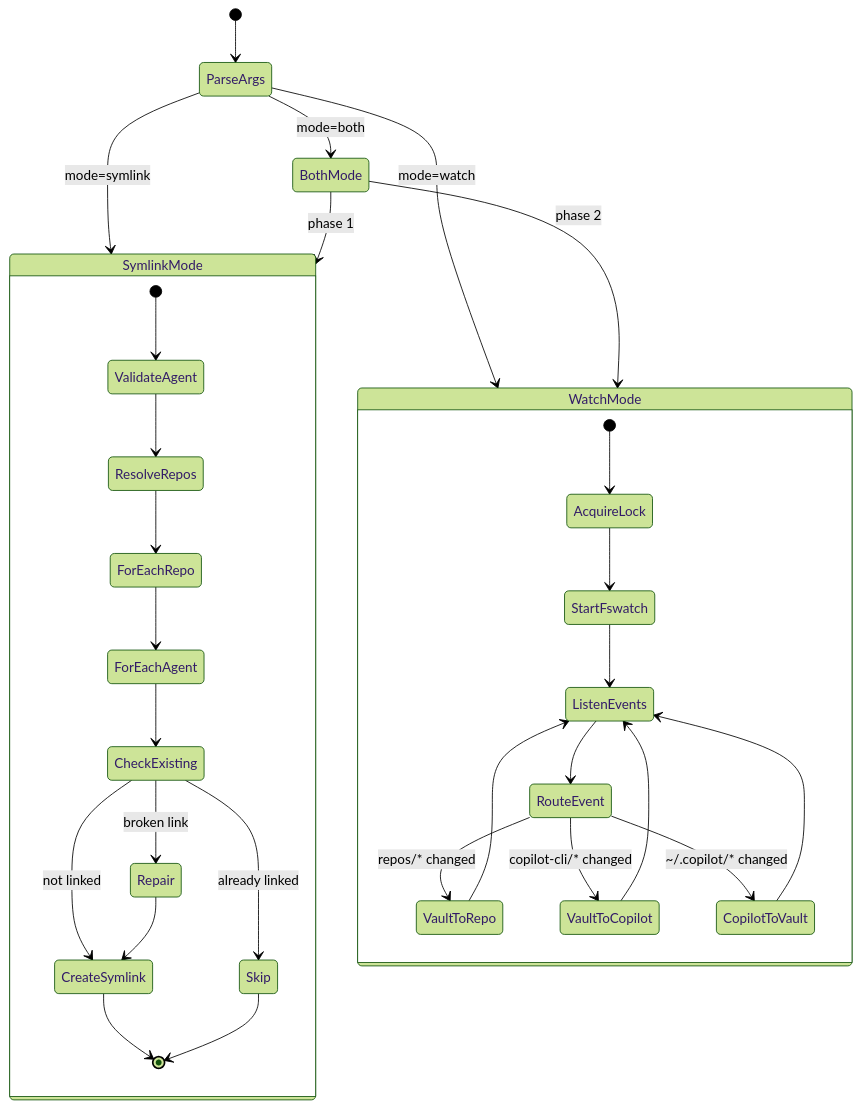
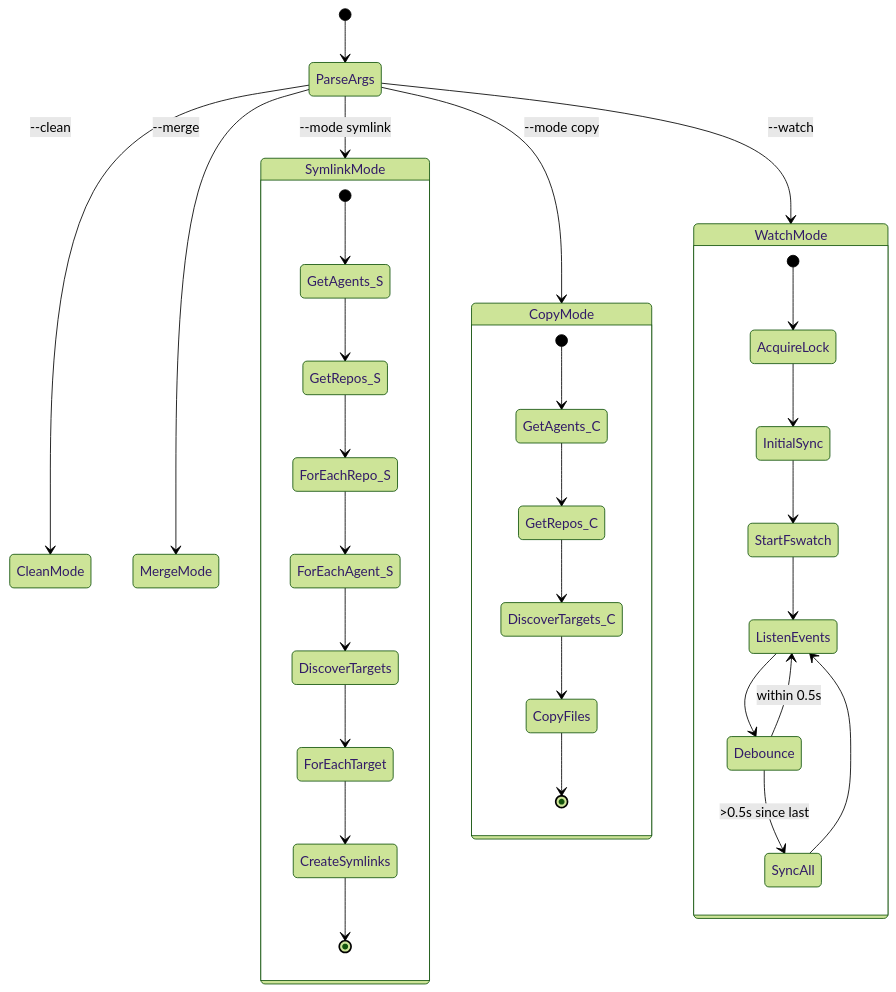
One commit to ElliottBregni/obscura changed diagram 13 of 16 in docs/DESIGN-DIAGRAMS.md. Above: the diagram before and after it, drawn with Mermaid (forest theme). The commit also changed other lines of this file and 35 other files, not shown here.

````diff
--- a/docs/DESIGN-DIAGRAMS.md
+++ b/docs/DESIGN-DIAGRAMS.md
@@ -673,38 +383,40 @@
 ```mermaid
 stateDiagram-v2
     [*] --> ParseArgs
 
-    ParseArgs --> SymlinkMode: mode=symlink
-    ParseArgs --> WatchMode: mode=watch
-    ParseArgs --> BothMode: mode=both
-
-    BothMode --> SymlinkMode: phase 1
-    BothMode --> WatchMode: phase 2
+    ParseArgs --> SymlinkMode: --mode symlink
+    ParseArgs --> CopyMode: --mode copy
+    ParseArgs --> WatchMode: --watch
+    ParseArgs --> CleanMode: --clean
+    ParseArgs --> MergeMode: --merge
 
     state SymlinkMode {
-        [*] --> ValidateAgent
-        ValidateAgent --> ResolveRepos
-        ResolveRepos --> ForEachRepo
-        ForEachRepo --> ForEachAgent
-        ForEachAgent --> CheckExisting
-        CheckExisting --> CreateSymlink: not linked
-        CheckExisting --> Skip: already linked
-        CheckExisting --> Repair: broken link
-        Repair --> CreateSymlink
-        CreateSymlink --> [*]
-        Skip --> [*]
+        [*] --> GetAgents_S
+        GetAgents_S --> GetRepos_S
+        GetRepos_S --> ForEachRepo_S
+        ForEachRepo_S --> ForEachAgent_S
+        ForEachAgent_S --> DiscoverTargets
+        DiscoverTargets --> ForEachTarget
+        ForEachTarget --> CreateSymlinks
+        CreateSymlinks --> [*]
+    }
+
+    state CopyMode {
+        [*] --> GetAgents_C
+        GetAgents_C --> GetRepos_C
+        GetRepos_C --> DiscoverTargets_C
+        DiscoverTargets_C --> CopyFiles
+        CopyFiles --> [*]
     }
 
     state WatchMode {
         [*] --> AcquireLock
-        AcquireLock --> StartFswatch
+        AcquireLock --> InitialSync
+        InitialSync --> StartFswatch
         StartFswatch --> ListenEvents
-        ListenEvents --> RouteEvent
-        RouteEvent --> VaultToRepo: repos/* changed
-        RouteEvent --> VaultToCopilot: copilot-cli/* changed
-        RouteEvent --> CopilotToVault: ~/.copilot/* changed
-        VaultToRepo --> ListenEvents
-        VaultToCopilot --> ListenEvents
-        CopilotToVault --> ListenEvents
+        ListenEvents --> Debounce
+        Debounce --> SyncAll: >0.5s since last
+        Debounce --> ListenEvents: within 0.5s
+        SyncAll --> ListenEvents
     }
 ```
````
